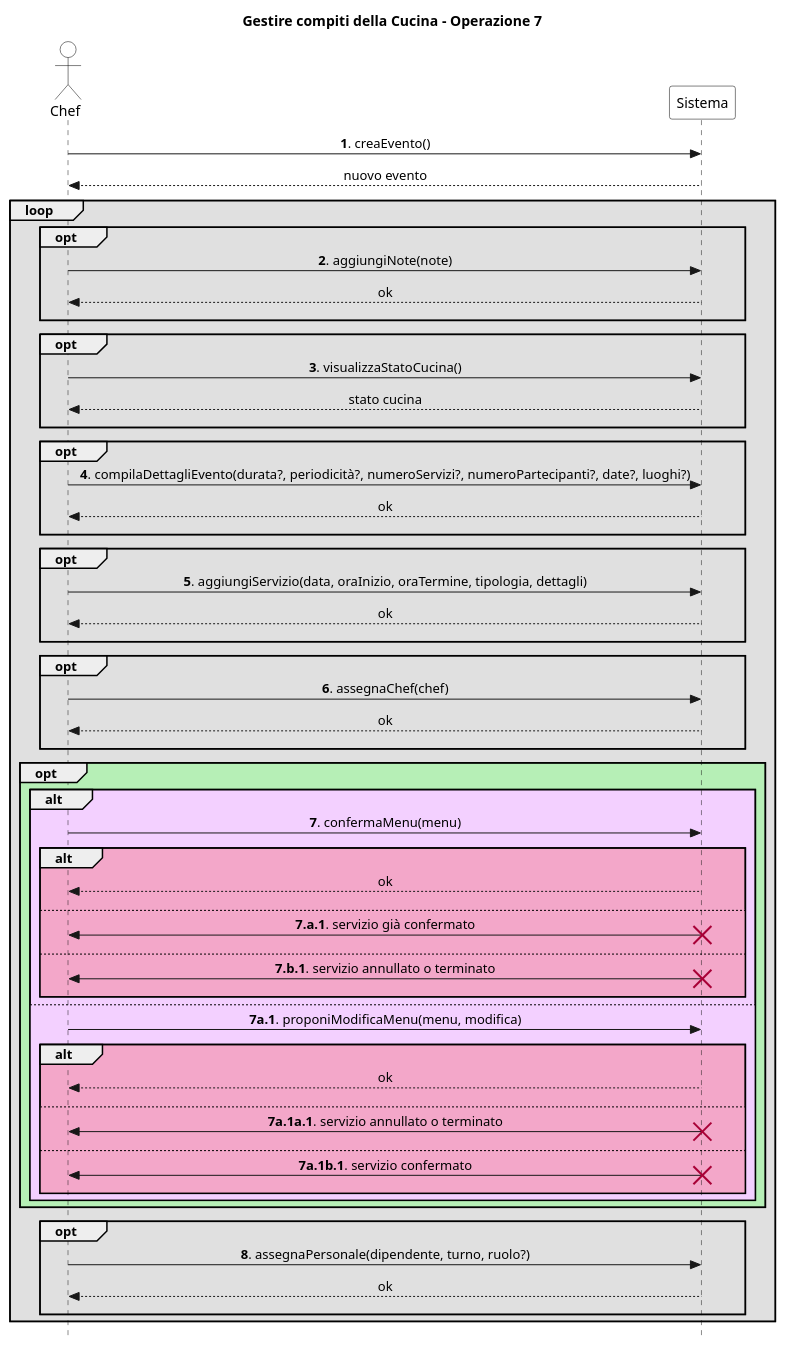
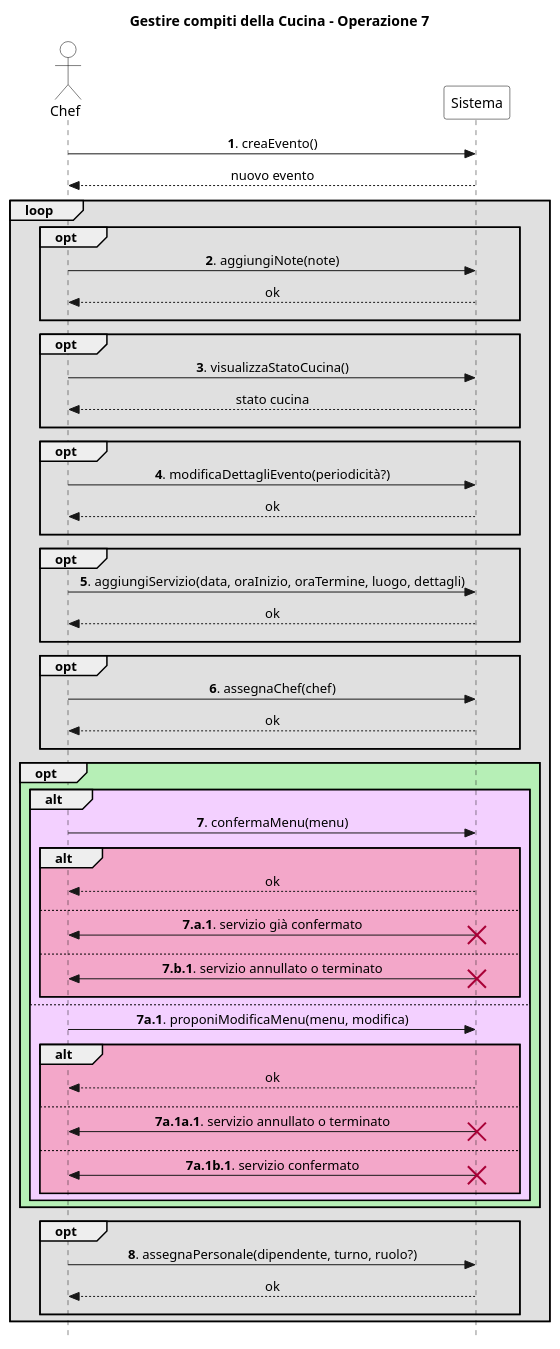
The diagram in UP/Requisiti/UC Gestire Eventi/SSD/Estensioni-Eccezioni Op7.puml (stefa168/sas-project), drawn with PlantUML before and after one commit. The commit also changed 4 other files, not shown here.

Commit message:
Spostata la responsabilità dei dettagli dell'evento ai servizi.

```diff
--- a/UP/Requisiti/UC Gestire Eventi/SSD/Estensioni-Eccezioni Op7.puml
+++ b/UP/Requisiti/UC Gestire Eventi/SSD/Estensioni-Eccezioni Op7.puml
@@ -1,89 +1,89 @@
 @startuml
 skinparam Style strictuml
 skinparam SequenceMessageAlign center
 
 skinparam sequence {
     ActorBorderColor Black
     ActorBackgroundColor White
     ParticipantBorderColor Black
     ParticipantBackgroundColor White
 }
 
 actor Chef
 participant Sistema
 
 title Gestire compiti della Cucina - Operazione 7
 
 Chef -> Sistema: **1**. creaEvento()
 return nuovo evento
 
 loop #e0e0e0
     opt #e0e0e0
         Chef -> Sistema: **2**. aggiungiNote(note)
         return ok
         ||10||
     end
 
     opt #e0e0e0
         Chef -> Sistema: **3**. visualizzaStatoCucina()
         return stato cucina
         ||10||
     end
 
     opt #e0e0e0
-        Chef -> Sistema: **4**. compilaDettagliEvento(durata?, periodicità?, numeroServizi?, numeroPartecipanti?, date?, luoghi?)
+        Chef -> Sistema: **4**. modificaDettagliEvento(periodicità?)
         return ok
         ||10||
     end
 
     opt #e0e0e0
-        Chef -> Sistema: **5**. aggiungiServizio(data, oraInizio, oraTermine, tipologia, dettagli)
+        Chef -> Sistema: **5**. aggiungiServizio(data, oraInizio, oraTermine, luogo, dettagli)
         return ok
         ||10||
     end
 
     opt #e0e0e0
         Chef -> Sistema: **6**. assegnaChef(chef)
         return ok
         ||10||
     end
 
     opt #b6efb6
         alt #f3d0ff
             Chef -> Sistema: **7**. confermaMenu(menu)
             alt #f3a7c9
                 return ok
                 ||10||
             else
                 Chef <- Sistema: **7.a.1**. servizio già confermato
                 destroy Sistema
                 ||10||
             else
                 Chef <- Sistema: **7.b.1**. servizio annullato o terminato
                 destroy Sistema
                 ||10||
             end
         else
             Chef -> Sistema: **7a.1**. proponiModificaMenu(menu, modifica)
             alt #f3a7c9
                 return ok
                 ||10||
             else
                 Chef <- Sistema: **7a.1a.1**. servizio annullato o terminato
                 destroy Sistema
                 ||10||
             else
                 Chef <- Sistema: **7a.1b.1**. servizio confermato
                 destroy Sistema
                 ||10||
             end
         end
     end
 
     opt #e0e0e0
         Chef -> Sistema: **8**. assegnaPersonale(dipendente, turno, ruolo?)
         return ok
         ||10||
     end
 end
 @enduml
```
